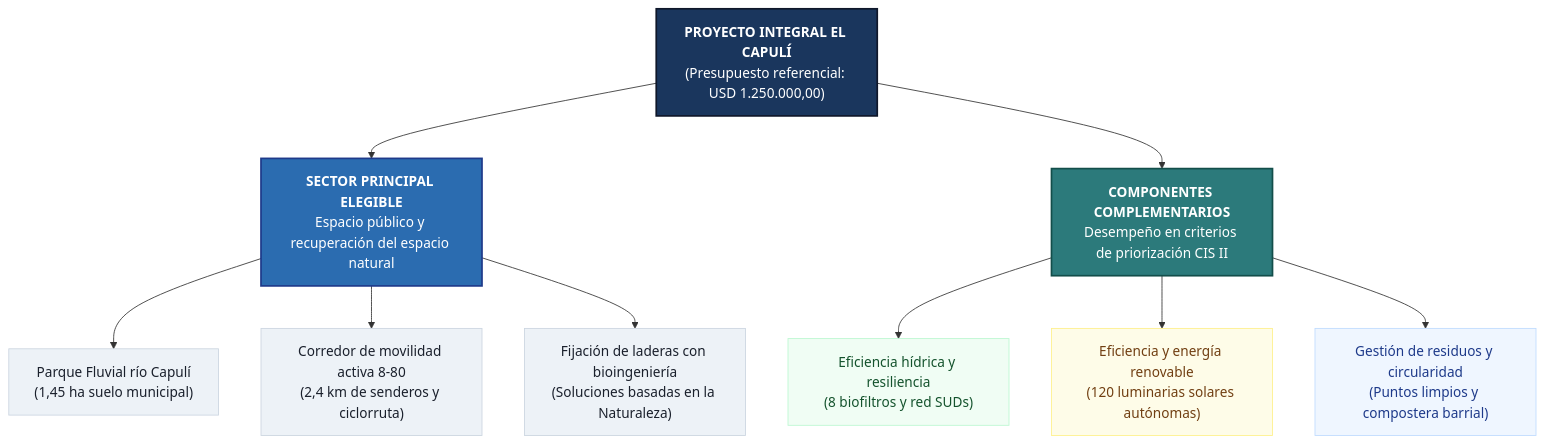
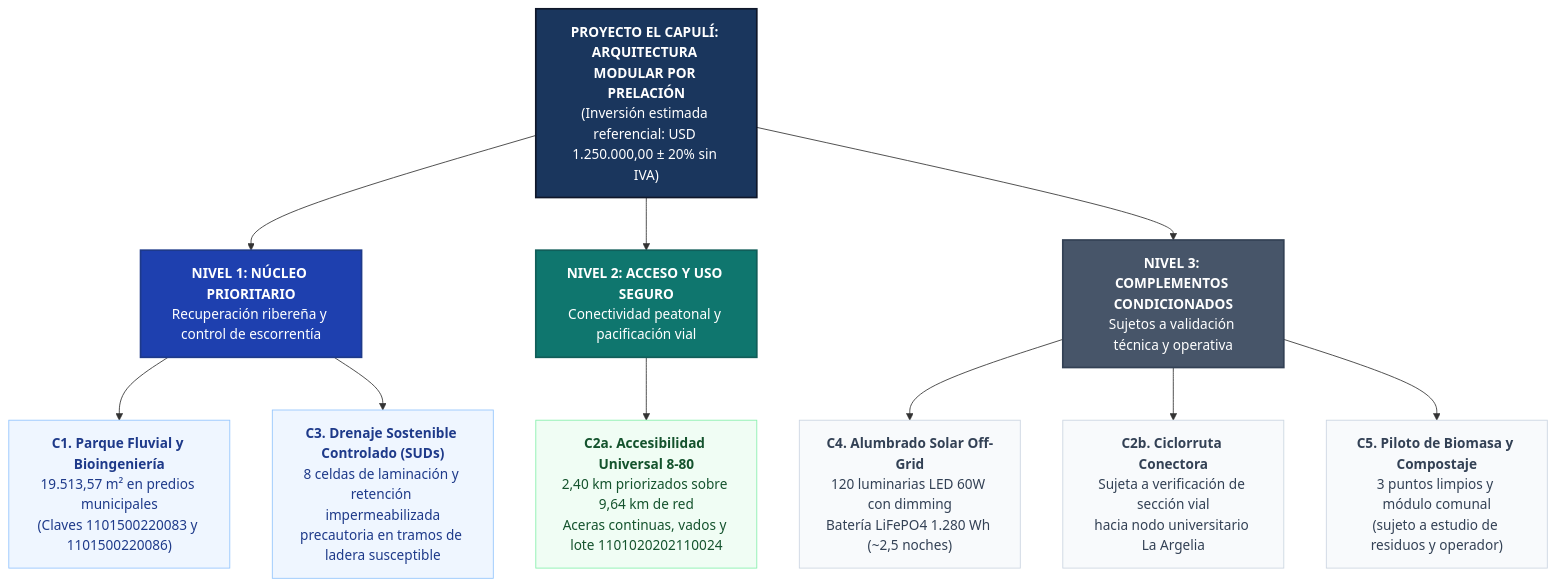
One commit to EryckFCS/03_Practicas_Preprofesionales changed the diagram in docs/vaults/v04-expediente-proyecto-capuli/assets/estructura_proyecto_cinco_sectores.mmd. Above: the diagram before and after it, drawn with Mermaid. The commit also changed 25 other files, not shown here.

```diff
--- a/docs/vaults/v04-expediente-proyecto-capuli/assets/estructura_proyecto_cinco_sectores.mmd
+++ b/docs/vaults/v04-expediente-proyecto-capuli/assets/estructura_proyecto_cinco_sectores.mmd
@@ -1,23 +1,26 @@
 flowchart TD
-    A["<b>PROYECTO INTEGRAL EL CAPULÍ</b><br>(Presupuesto referencial: USD 1.250.000,00)"]
+    A["<b>PROYECTO EL CAPULÍ: ARQUITECTURA MODULAR POR PRELACIÓN</b><br>(Inversión estimada referencial: USD 1.250.000,00 ± 20% sin IVA)"]
     
-    A --> B["<b>SECTOR PRINCIPAL ELEGIBLE</b><br>Espacio público y recuperación del espacio natural"]
-    A --> C["<b>COMPONENTES COMPLEMENTARIOS</b><br>Desempeño en criterios de priorización CIS II"]
+    A --> B["<b>NIVEL 1: NÚCLEO PRIORITARIO</b><br>Recuperación ribereña y control de escorrentía"]
+    A --> C["<b>NIVEL 2: ACCESO Y USO SEGURO</b><br>Conectividad peatonal y pacificación vial"]
+    A --> D["<b>NIVEL 3: COMPLEMENTOS CONDICIONADOS</b><br>Sujetos a validación técnica y operativa"]
     
-    B --> B1["Parque Fluvial río Capulí<br>(1,45 ha suelo municipal)"]
-    B --> B2["Corredor de movilidad activa 8-80<br>(2,4 km de senderos y ciclorruta)"]
-    B --> B3["Fijación de laderas con bioingeniería<br>(Soluciones basadas en la Naturaleza)"]
+    B --> B1["<b>C1. Parque Fluvial y Bioingeniería</b><br>19.513,57 m² en predios municipales<br>(Claves 1101500220083 y 1101500220086)"]
+    B --> B2["<b>C3. Drenaje Sostenible Controlado (SUDs)</b><br>8 celdas de laminación y retención impermeabilizada<br>precautoria en tramos de ladera susceptible"]
     
-    C --> C1["Eficiencia hídrica y resiliencia<br>(8 biofiltros y red SUDs)"]
-    C --> C2["Eficiencia y energía renovable<br>(120 luminarias solares autónomas)"]
-    C --> C3["Gestión de residuos y circularidad<br>(Puntos limpios y compostera barrial)"]
+    C --> C1["<b>C2a. Accesibilidad Universal 8-80</b><br>2,40 km priorizados sobre 9,64 km de red<br>Aceras continuas, vados y lote 1101020202110024"]
+    
+    D --> D1["<b>C4. Alumbrado Solar Off-Grid</b><br>120 luminarias LED 60W con dimming<br>Batería LiFePO4 1.280 Wh (~2,5 noches)"]
+    D --> D2["<b>C2b. Ciclorruta Conectora</b><br>Sujeta a verificación de sección vial<br>hacia nodo universitario La Argelia"]
+    D --> D3["<b>C5. Piloto de Biomasa y Compostaje</b><br>3 puntos limpios y módulo comunal<br>(sujeto a estudio de residuos y operador)"]
 
     style A fill:#1a365d,stroke:#0f172a,stroke-width:2px,color:#ffffff
-    style B fill:#2b6cb0,stroke:#1e3a8a,stroke-width:2px,color:#ffffff
-    style C fill:#2c7a7b,stroke:#134e4a,stroke-width:2px,color:#ffffff
-    style B1 fill:#edf2f7,stroke:#cbd5e0,stroke-width:1px,color:#1a202c
-    style B2 fill:#edf2f7,stroke:#cbd5e0,stroke-width:1px,color:#1a202c
-    style B3 fill:#edf2f7,stroke:#cbd5e0,stroke-width:1px,color:#1a202c
-    style C1 fill:#f0fdf4,stroke:#bbf7d0,stroke-width:1px,color:#14532d
-    style C2 fill:#fefce8,stroke:#fef08a,stroke-width:1px,color:#713f12
-    style C3 fill:#eff6ff,stroke:#bfdbfe,stroke-width:1px,color:#1e3a8a
+    style B fill:#1e40af,stroke:#1e3a8a,stroke-width:2px,color:#ffffff
+    style C fill:#0f766e,stroke:#115e59,stroke-width:2px,color:#ffffff
+    style D fill:#475569,stroke:#334155,stroke-width:2px,color:#ffffff
+    style B1 fill:#eff6ff,stroke:#93c5fd,stroke-width:1px,color:#1e3a8a
+    style B2 fill:#eff6ff,stroke:#93c5fd,stroke-width:1px,color:#1e3a8a
+    style C1 fill:#f0fdf4,stroke:#86efac,stroke-width:1px,color:#14532d
+    style D1 fill:#f8fafc,stroke:#cbd5e1,stroke-width:1px,color:#334155
+    style D2 fill:#f8fafc,stroke:#cbd5e1,stroke-width:1px,color:#334155
+    style D3 fill:#f8fafc,stroke:#cbd5e1,stroke-width:1px,color:#334155
```
